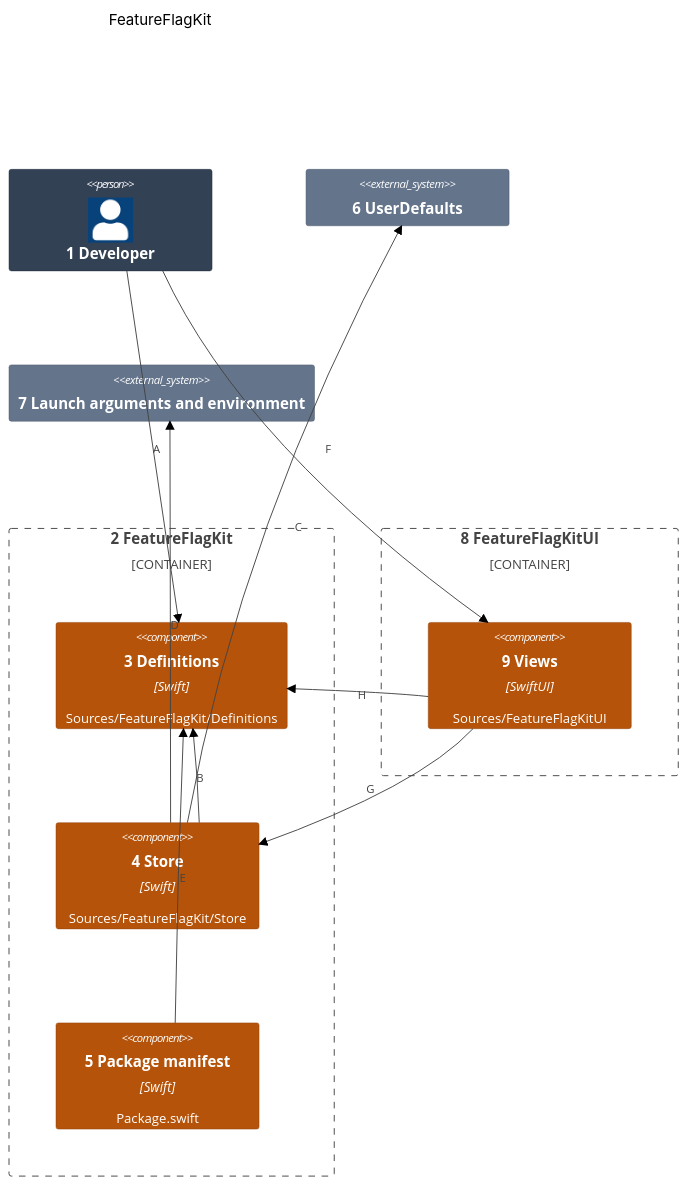
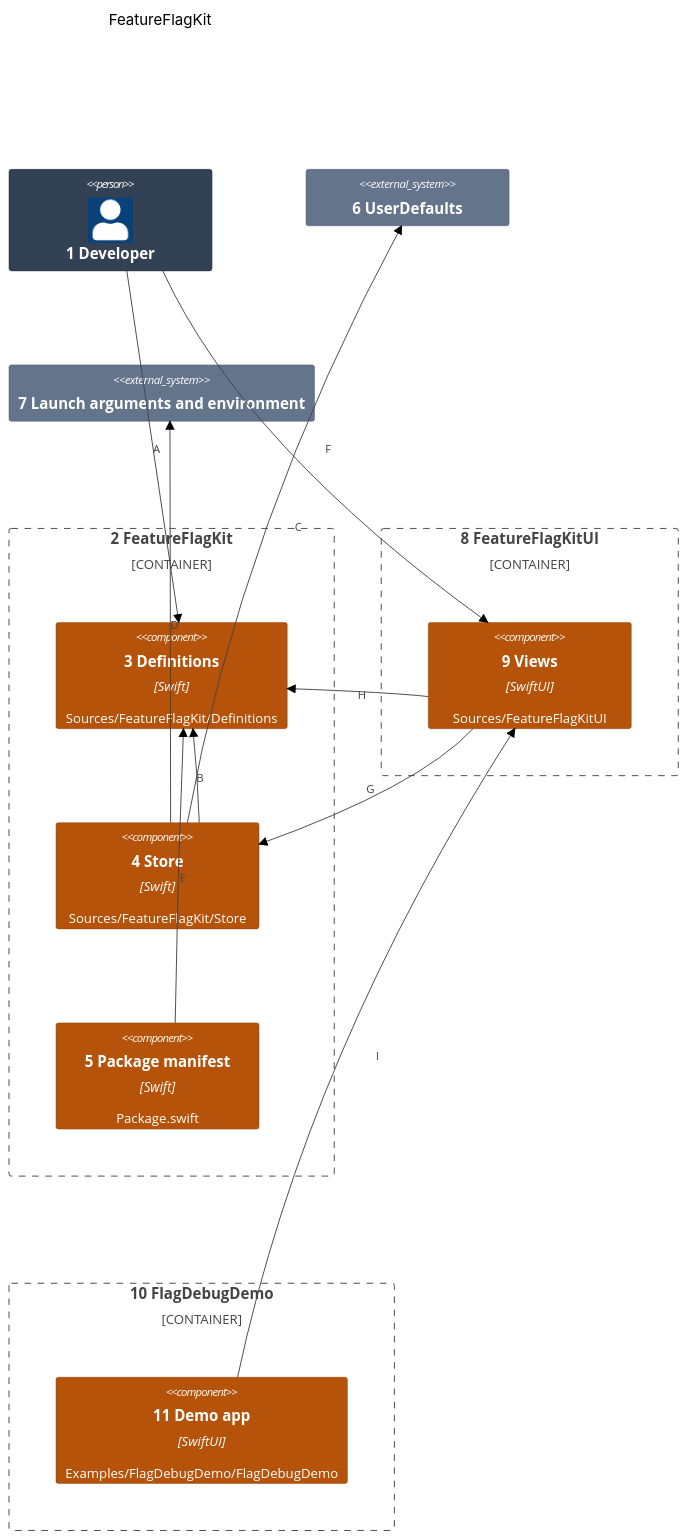
Before and after one commit to may-journal/feature-flag-kit: the first of 2 diagrams in docs/architecture/03-components.md, drawn with Mermaid (forest theme). The commit also changed other lines of this file and 30 other files, not shown here.

````diff
--- a/docs/architecture/03-components.md
+++ b/docs/architecture/03-components.md
@@ -5,36 +5,42 @@
 ```mermaid
 C4Component
     title FeatureFlagKit
 
     Person(developer, "1 Developer")
 
     Container_Boundary(core, "2 FeatureFlagKit") {
         Component(definitions, "3 Definitions", "Swift", "Sources/FeatureFlagKit/Definitions")
         Component(store, "4 Store", "Swift", "Sources/FeatureFlagKit/Store")
         Component(manifest, "5 Package manifest", "Swift", "Package.swift")
     }
 
     Container_Boundary(ui, "8 FeatureFlagKitUI") {
         Component(views, "9 Views", "SwiftUI", "Sources/FeatureFlagKitUI")
     }
 
+    Container_Boundary(demo, "10 FlagDebugDemo") {
+        Component(example, "11 Demo app", "SwiftUI", "Examples/FlagDebugDemo/FlagDebugDemo")
+    }
+
     System_Ext(defaults, "6 UserDefaults")
     System_Ext(process, "7 Launch arguments and environment")
 
     Rel(developer, definitions, "A")
     Rel(store, definitions, "B")
     Rel(store, defaults, "C")
     Rel(store, process, "D")
     Rel(manifest, definitions, "E")
     Rel(developer, views, "F")
     Rel(views, store, "G")
     Rel(views, definitions, "H")
+    Rel(example, views, "I")
 
     UpdateElementStyle(developer, $bgColor="#334155", $borderColor="#1e293b", $fontColor="#ffffff")
     UpdateElementStyle(definitions, $bgColor="#b45309", $borderColor="#92400e", $fontColor="#ffffff")
     UpdateElementStyle(store, $bgColor="#b45309", $borderColor="#92400e", $fontColor="#ffffff")
     UpdateElementStyle(manifest, $bgColor="#b45309", $borderColor="#92400e", $fontColor="#ffffff")
     UpdateElementStyle(views, $bgColor="#b45309", $borderColor="#92400e", $fontColor="#ffffff")
+    UpdateElementStyle(example, $bgColor="#b45309", $borderColor="#92400e", $fontColor="#ffffff")
     UpdateElementStyle(defaults, $bgColor="#64748b", $borderColor="#475569", $fontColor="#ffffff")
     UpdateElementStyle(process, $bgColor="#64748b", $borderColor="#475569", $fontColor="#ffffff")
 ```
````
